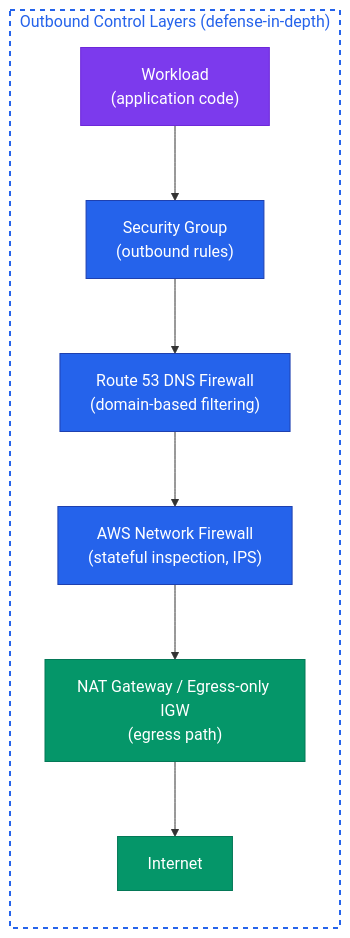
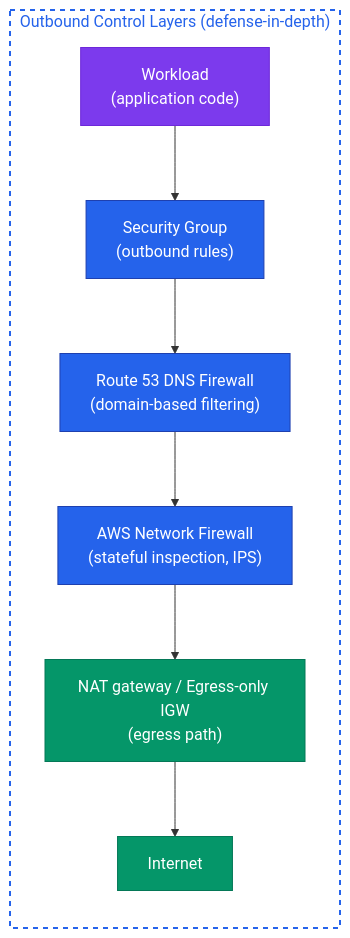
One commit to aws/aws-networking-best-practices changed the diagram in content/security/outbound.md. Above: the diagram before and after it, drawn with Mermaid. The commit also changed other lines of this file and 22 other files, not shown here.

````diff
--- a/content/security/outbound.md
+++ b/content/security/outbound.md
@@ -12,26 +12,26 @@
 ``` mermaid
 graph TB
     subgraph Layers["Outbound Control Layers (defense-in-depth)"]
         direction TB
         Workload["Workload<br/>(application code)"]
         SG["Security Group<br/>(outbound rules)"]
         DNS["Route 53 DNS Firewall<br/>(domain-based filtering)"]
         NFW["AWS Network Firewall<br/>(stateful inspection, IPS)"]
-        NAT["NAT Gateway / Egress-only IGW<br/>(egress path)"]
+        NAT["NAT gateway / Egress-only IGW<br/>(egress path)"]
         Internet["Internet"]
     end
 
     Workload --> SG
     SG --> DNS
     DNS --> NFW
     NFW --> NAT
     NAT --> Internet
 
     style Layers fill:none,stroke:#2563eb,stroke-width:2px,stroke-dasharray:5 5,color:#2563eb
     style Workload fill:#7c3aed,stroke:#6d28d9,color:#fff
     style SG fill:#2563eb,stroke:#1e40af,color:#fff
     style DNS fill:#2563eb,stroke:#1e40af,color:#fff
     style NFW fill:#2563eb,stroke:#1e40af,color:#fff
     style NAT fill:#059669,stroke:#047857,color:#fff
     style Internet fill:#059669,stroke:#047857,color:#fff
 ```
````
